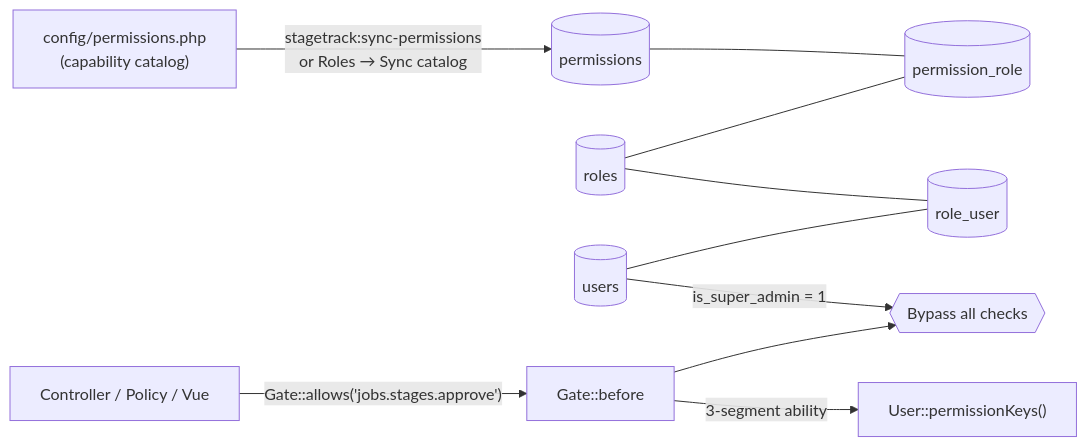
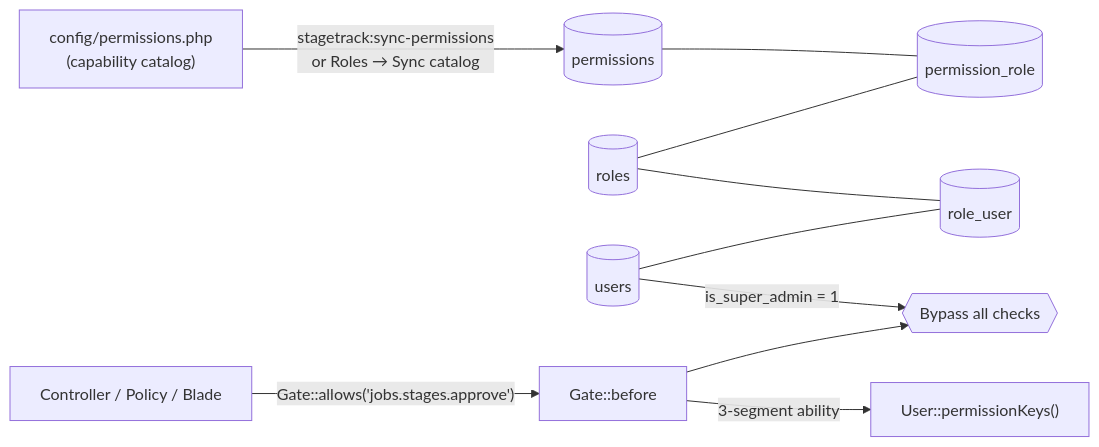
Before and after one commit to calebgruber/Current-1-1: the first of 2 diagrams in docs/PERMISSIONS.md, drawn with Mermaid. The commit also changed other lines of this file and 16 other files, not shown here.

````diff
--- a/docs/PERMISSIONS.md
+++ b/docs/PERMISSIONS.md
@@ -5,12 +5,12 @@
 ```mermaid
 flowchart LR
     CFG["config/permissions.php<br/>(capability catalog)"] -- "stagetrack:sync-permissions<br/>or Roles → Sync catalog" --> P[(permissions)]
     P --- PR[(permission_role)]
     R[(roles)] --- PR
     R --- RU[(role_user)]
     U[(users)] --- RU
     U -- "is_super_admin = 1" --> BYPASS{{Bypass all checks}}
-    REQ[Controller / Policy / Vue] -- "Gate::allows('jobs.stages.approve')" --> GB[Gate::before]
+    REQ[Controller / Policy / Blade] -- "Gate::allows('jobs.stages.approve')" --> GB[Gate::before]
     GB --> BYPASS
     GB -- "3-segment ability" --> UK["User::permissionKeys()"]
 ```
````
